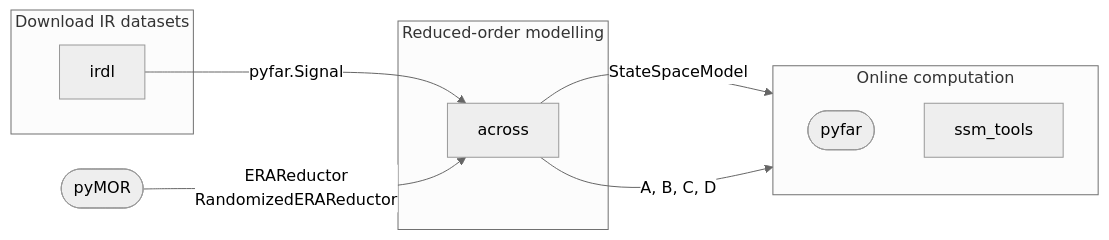
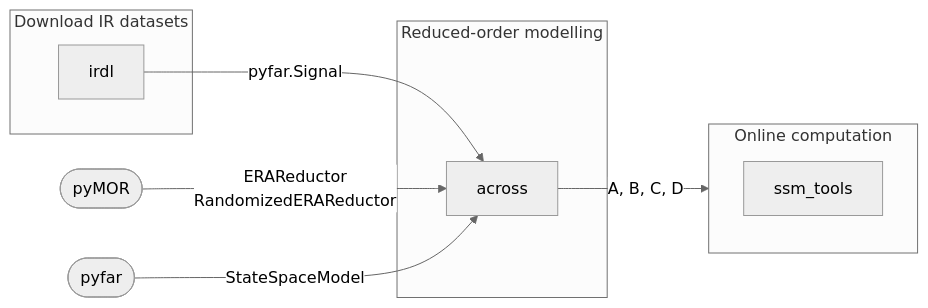
Before and after one commit to artpelling/ssm-tools: the diagram in README.md, drawn with Mermaid (neutral theme). The commit also changed other lines of this file, not shown here.

````diff
--- a/README.md
+++ b/README.md
@@ -5,29 +5,29 @@
 ```mermaid
 graph LR
     subgraph s1["Download IR datasets"]
         irdl["irdl"]
     end
 
     pymor([pyMOR])
+    pyfar([pyfar])
 
     subgraph s2["Reduced-order modelling"]
         across["across"]
     end
 
     subgraph s3["Online computation"]
         direction TB
-        pyfar([pyfar])
         ssm["ssm_tools"]
     end
 
     irdl -->|pyfar.Signal| across
     pymor -->|ERAReductor\nRandomizedERAReductor| across
-    across -->|StateSpaceModel| pyfar
+    pyfar -->|StateSpaceModel| across
     across -->|A, B, C, D| ssm
 
     click irdl "https://github.com/artpelling/irdl"
     click across "packages/across/README.md"
     click ssm "pyproject.toml"
     click pyfar "https://pyfar.org"
     click pymor "https://pymor.org"
 ```
````
